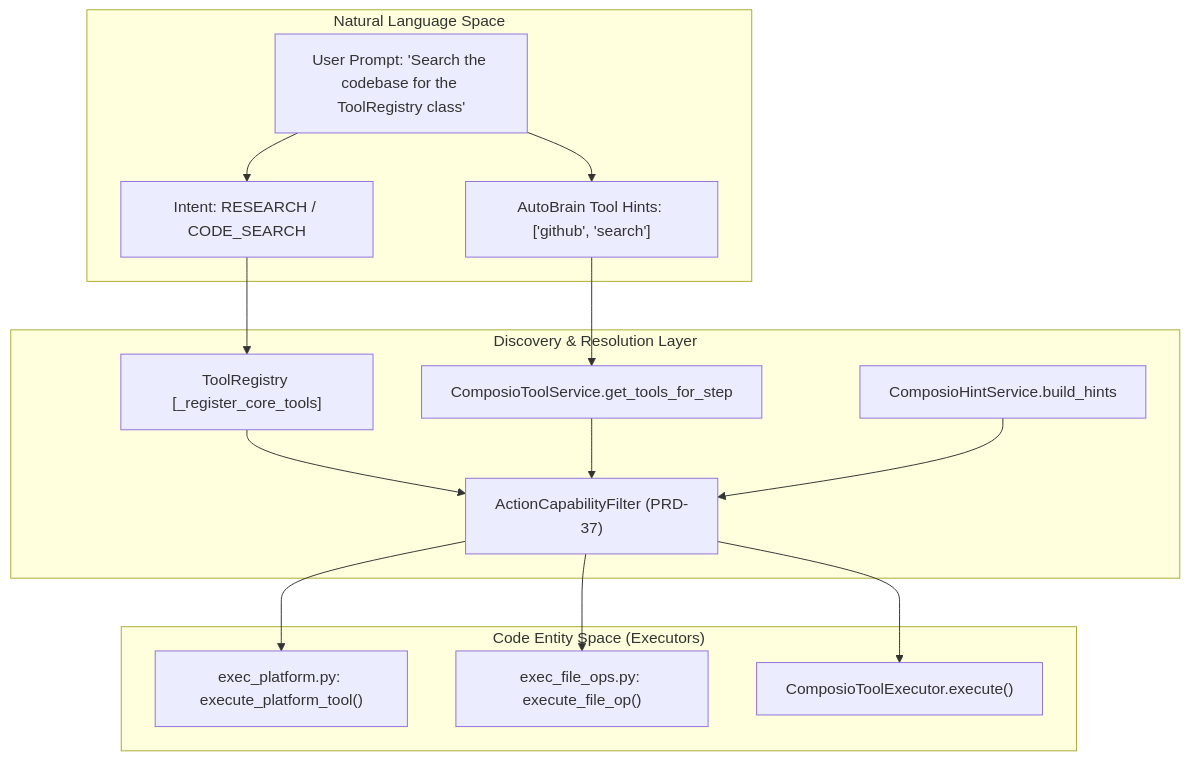
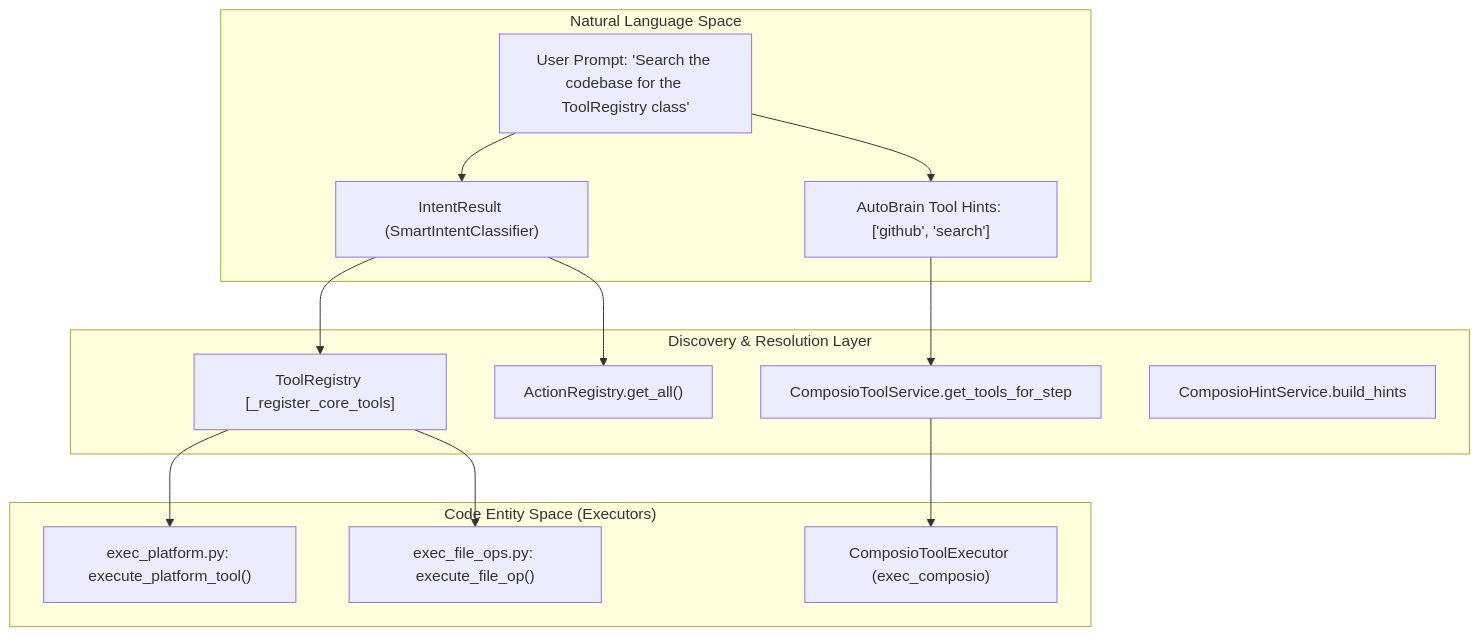
The first of 2 diagrams in docs/tools-integrations/tool-discovery-resolution.md (AutomatosAI/automatos-ai), drawn with Mermaid before and after one commit. The commit also changed other lines of this file and 153 other files, not shown here.

````diff
--- a/docs/tools-integrations/tool-discovery-resolution.md
+++ b/docs/tools-integrations/tool-discovery-resolution.md
@@ -47,32 +49,30 @@
 ```mermaid
 graph TD
     subgraph "Natural Language Space"
         UserPrompt["User Prompt: 'Search the codebase for the ToolRegistry class'"]
-        Intent["Intent: RESEARCH / CODE_SEARCH"]
+        Intent["IntentResult (SmartIntentClassifier)"]
         ToolHints["AutoBrain Tool Hints: ['github', 'search']"]
     end
 
     subgraph "Discovery & Resolution Layer"
         Registry["ToolRegistry [_register_core_tools]"]
+        ActionReg["ActionRegistry.get_all()"]
         CompService["ComposioToolService.get_tools_for_step"]
         HintService["ComposioHintService.build_hints"]
-        Filter["ActionCapabilityFilter (PRD-37)"]
     end
 
     subgraph "Code Entity Space (Executors)"
         PlatformExec["exec_platform.py: execute_platform_tool()"]
         FileExec["exec_file_ops.py: execute_file_op()"]
-        CompExec["ComposioToolExecutor.execute()"]
+        CompExec["ComposioToolExecutor (exec_composio)"]
     end
 
     UserPrompt --> Intent
     UserPrompt --> ToolHints
     Intent --> Registry
+    Intent --> ActionReg
     ToolHints --> CompService
-    Registry --> Filter
-    CompService --> Filter
-    HintService --> Filter
-    Filter --> PlatformExec
-    Filter --> FileExec
-    Filter --> CompExec
+    CompService --> CompExec
+    Registry --> PlatformExec
+    Registry --> FileExec
 ```
````
